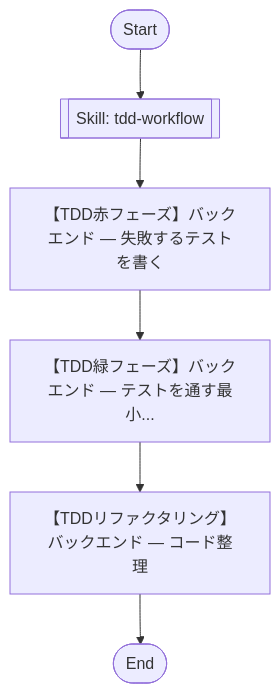
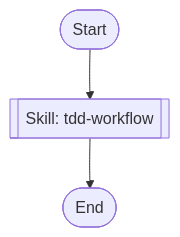
One commit to lihs-ie/alpha-mind changed the diagram in .claude/agents/dev_tdd-backend.md. Above: the diagram before and after it, drawn with Mermaid. The commit also changed other lines of this file and 17 other files, not shown here.

````diff
--- a/.claude/agents/dev_tdd-backend.md
+++ b/.claude/agents/dev_tdd-backend.md
@@ -6,15 +7,9 @@
 ```mermaid
 flowchart TD
-    be_sf_start([Start])
-    be_sf_tdd_skill[[Skill: tdd-workflow]]
-    be_sf_red[【TDD赤フェーズ】バックエンド — 失敗するテストを書く]
-    be_sf_green[【TDD緑フェーズ】バックエンド — テストを通す最小...]
-    be_sf_refactor[【TDDリファクタリング】バックエンド — コード整理]
-    be_sf_end([End])
+    sf_be_start([Start])
+    sf_be_skill[[Skill: tdd-workflow]]
+    sf_be_end([End])
 
-    be_sf_start --> be_sf_tdd_skill
-    be_sf_tdd_skill --> be_sf_red
-    be_sf_red --> be_sf_green
-    be_sf_green --> be_sf_refactor
-    be_sf_refactor --> be_sf_end
+    sf_be_start --> sf_be_skill
+    sf_be_skill --> sf_be_end
 ```
````
